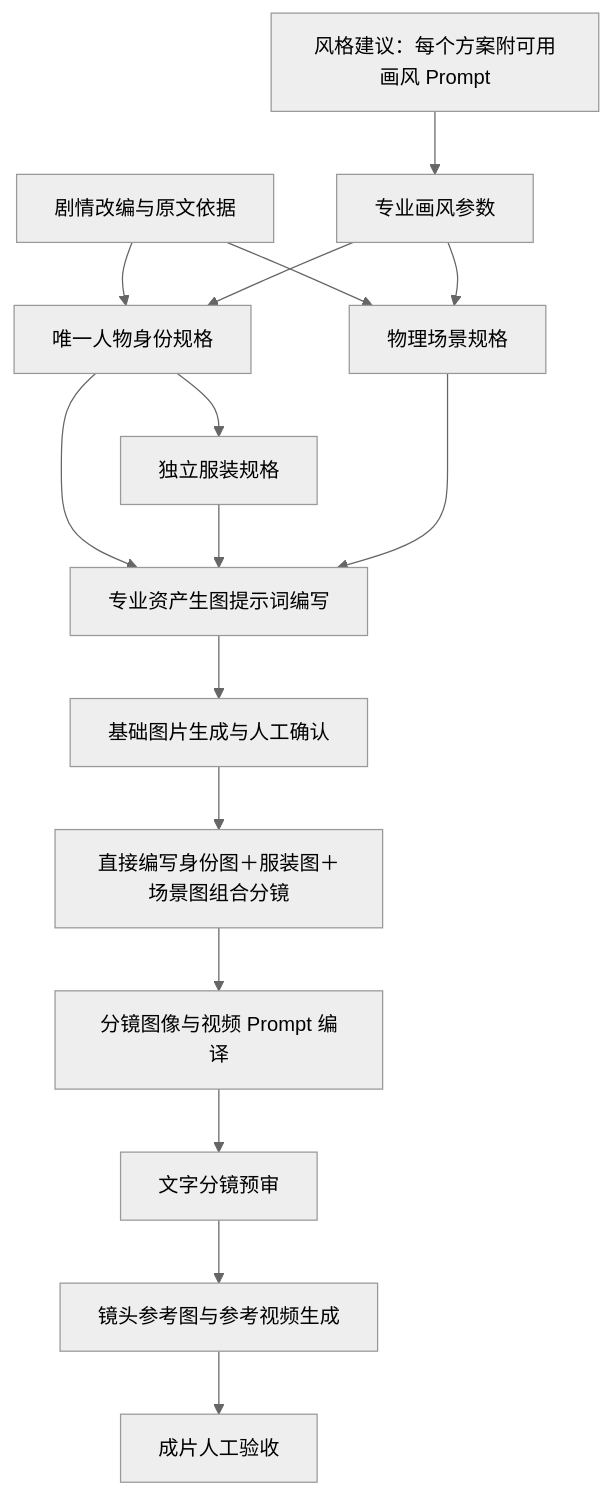
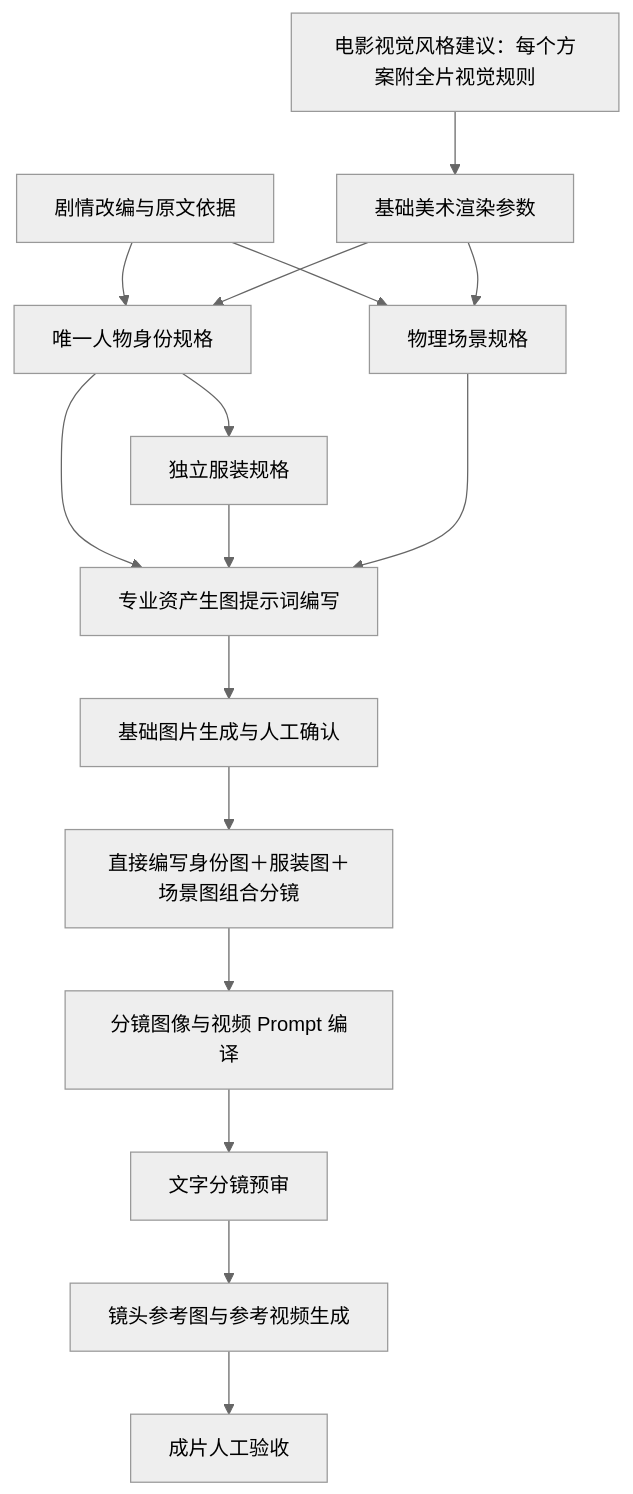
The diagram in docs/node-skill-bindings.md (Aoike123/Storyloom), drawn with Mermaid (neutral theme) before and after one commit. The commit also changed other lines of this file and 13 other files, not shown here.

````diff
--- a/docs/node-skill-bindings.md
+++ b/docs/node-skill-bindings.md
@@ -7,18 +7,18 @@
 ```mermaid
 flowchart TD
-    A[风格建议：每个方案附可用画风 Prompt] --> B[专业画风参数]
+    A[电影视觉风格建议：每个方案附全片视觉规则] --> B[基础美术渲染参数]
     S[剧情改编与原文依据] --> C[唯一人物身份规格]
     B --> C
     C --> D[独立服装规格]
     S --> E[物理场景规格]
     B --> E
     C --> F[专业资产生图提示词编写]
     D --> F
     E --> F
     F --> G[基础图片生成与人工确认]
     G --> J[直接编写身份图＋服装图＋场景图组合分镜]
     J --> K[分镜图像与视频 Prompt 编译]
     K --> L[文字分镜预审]
     L --> M[镜头参考图与参考视频生成]
     M --> N[成片人工验收]
 ```
````
